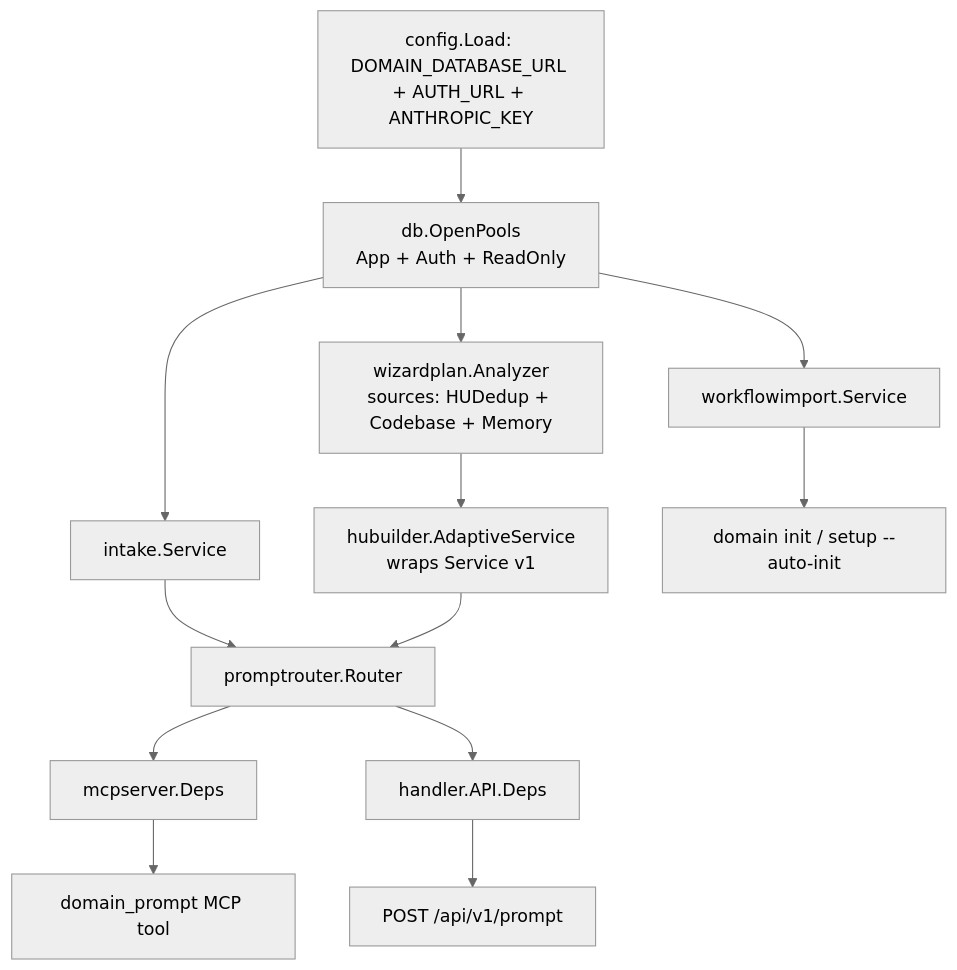
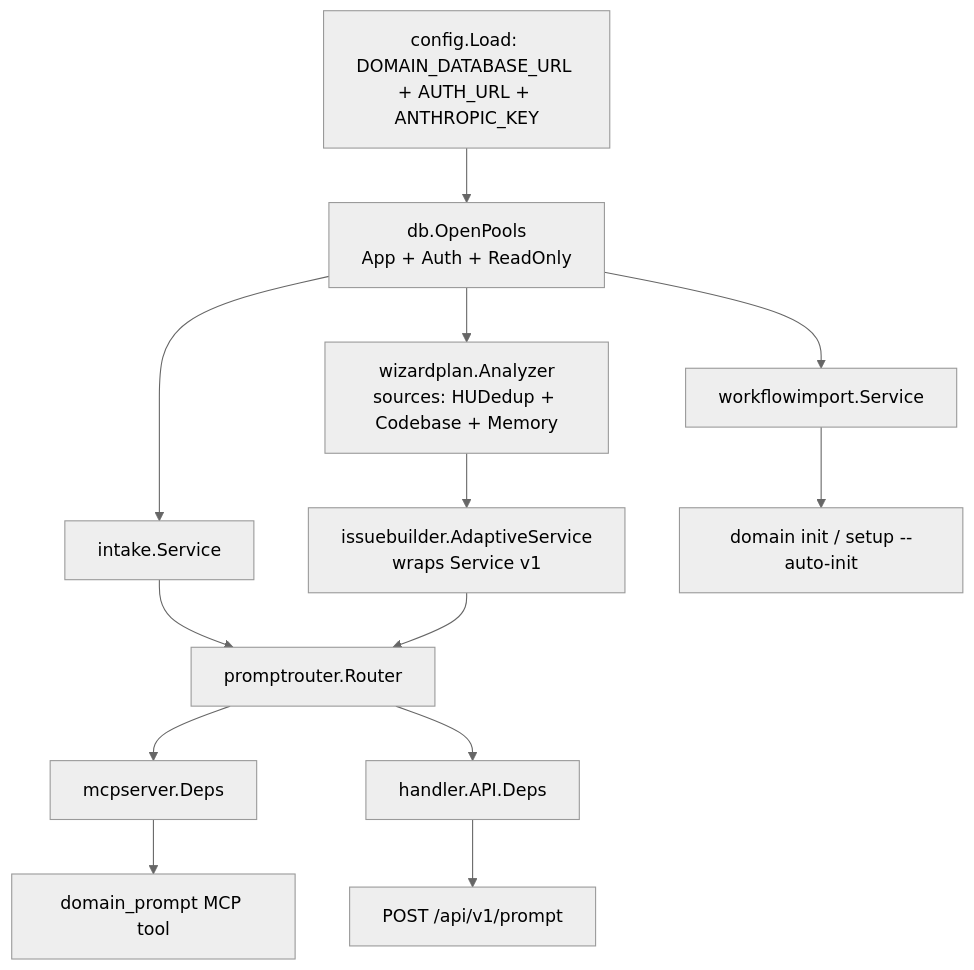
The third of 3 diagrams in docs/flows/00-setup-plugplay.md (nunezlagos/domain), drawn with Mermaid (neutral theme) before and after one commit. The commit also changed other lines of this file and 2368 other files, not shown here.

````diff
--- a/docs/flows/00-setup-plugplay.md
+++ b/docs/flows/00-setup-plugplay.md
@@ -119,21 +119,21 @@
 ```mermaid
 flowchart TB
     ENV[config.Load: DOMAIN_DATABASE_URL + AUTH_URL + ANTHROPIC_KEY]
     ENV --> Pools[db.OpenPools<br/>App + Auth + ReadOnly]
 
     Pools --> Wp[wizardplan.Analyzer<br/>sources: HUDedup + Codebase + Memory]
     Pools --> In[intake.Service]
     Pools --> Wi[workflowimport.Service]
 
-    Wp --> Hb[hubuilder.AdaptiveService<br/>wraps Service v1]
+    Wp --> Hb[issuebuilder.AdaptiveService<br/>wraps Service v1]
     In --> Pr[promptrouter.Router]
     Hb --> Pr
 
     Pr --> Mcpd[mcpserver.Deps]
     Pr --> Apid[handler.API.Deps]
 
     Mcpd --> Tool[domain_prompt MCP tool]
     Apid --> Http[POST /api/v1/prompt]
 
     Wi --> InitCmd[domain init / setup --auto-init]
 ```
````
